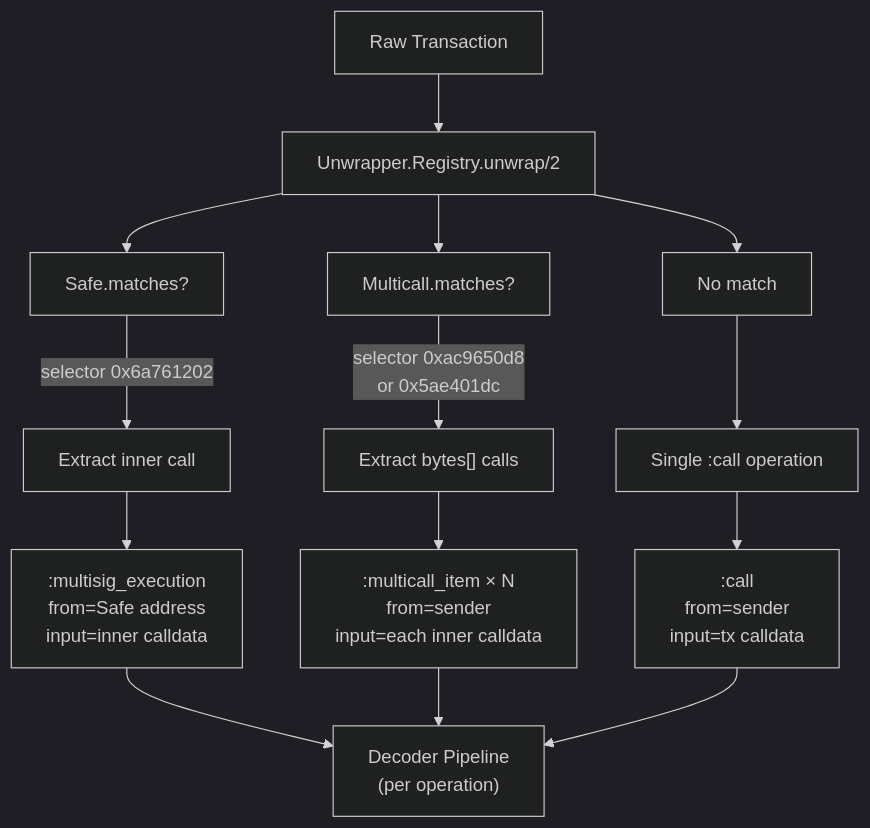
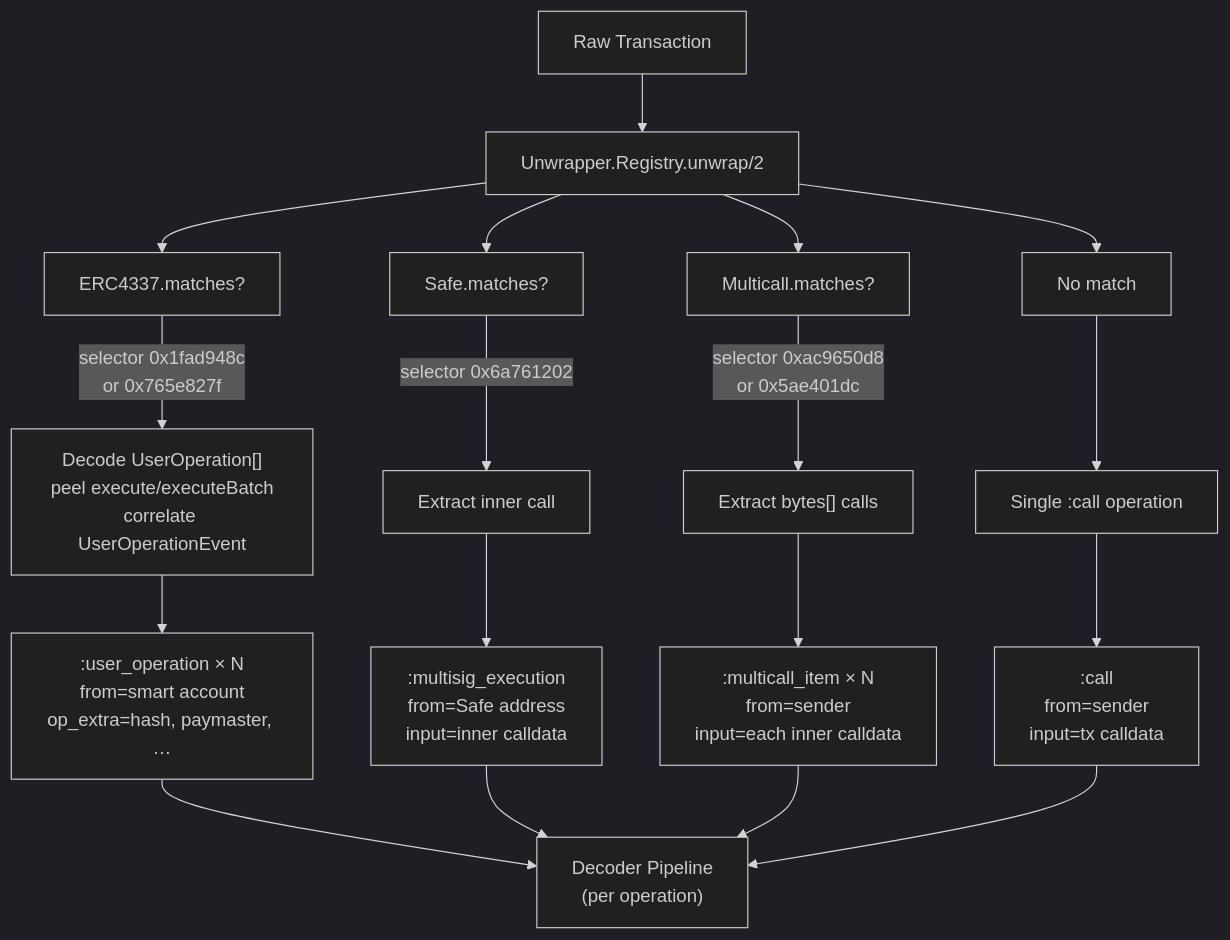
One commit to ManuelBilbao/rexplorer changed the diagram in docs/unwrap-layer.md. Above: the diagram before and after it, drawn with Mermaid (dark theme). The commit also changed other lines of this file and 55 other files, not shown here.

````diff
--- a/docs/unwrap-layer.md
+++ b/docs/unwrap-layer.md
@@ -9,20 +11,24 @@
 ```mermaid
 graph TD
     TX["Raw Transaction"] --> Registry["Unwrapper.Registry.unwrap/2"]
 
+    Registry --> AA["ERC4337.matches?"]
     Registry --> Safe["Safe.matches?"]
     Registry --> MC["Multicall.matches?"]
     Registry --> Default["No match"]
 
+    AA -->|"selector 0x1fad948c<br/>or 0x765e827f"| AAUnwrap["Decode UserOperation[]<br/>peel execute/executeBatch<br/>correlate UserOperationEvent"]
     Safe -->|"selector 0x6a761202"| SafeUnwrap["Extract inner call"]
     MC -->|"selector 0xac9650d8<br/>or 0x5ae401dc"| MCUnwrap["Extract bytes[] calls"]
     Default --> DefaultOp["Single :call operation"]
 
+    AAUnwrap --> Op0[":user_operation × N<br/>from=smart account<br/>op_extra=hash, paymaster, …"]
     SafeUnwrap --> Op1[":multisig_execution<br/>from=Safe address<br/>input=inner calldata"]
     MCUnwrap --> Op2[":multicall_item × N<br/>from=sender<br/>input=each inner calldata"]
     DefaultOp --> Op3[":call<br/>from=sender<br/>input=tx calldata"]
 
-    Op1 --> Decoder["Decoder Pipeline<br/>(per operation)"]
+    Op0 --> Decoder["Decoder Pipeline<br/>(per operation)"]
+    Op1 --> Decoder
     Op2 --> Decoder
     Op3 --> Decoder
 ```
````
